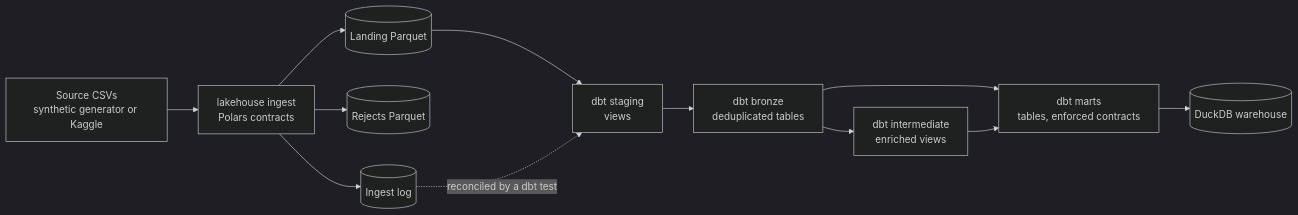
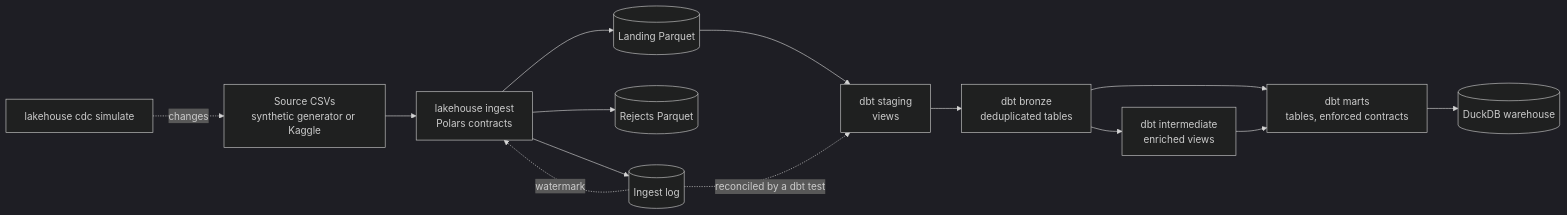
The diagram in README.md (emanuel-luis/de-lakehouse-pipeline), drawn with Mermaid (dark theme) before and after one commit. The commit also changed other lines of this file and 5 other files, not shown here.

````diff
--- a/README.md
+++ b/README.md
@@ -21,14 +22,16 @@
 ```mermaid
 flowchart LR
   A["Source CSVs<br/>synthetic generator or Kaggle"] --> B["lakehouse ingest<br/>Polars contracts"]
   B --> C[("Landing Parquet")]
   B --> D[("Rejects Parquet")]
   B --> E[("Ingest log")]
   C --> F["dbt staging<br/>views"]
   E -. reconciled by a dbt test .-> F
   F --> G["dbt bronze<br/>deduplicated tables"]
+  K["lakehouse cdc simulate"] -. changes .-> A
+  E -. watermark .-> B
   G --> I["dbt intermediate<br/>enriched views"]
   G --> J["dbt marts<br/>tables, enforced contracts"]
   I --> J
   J --> H[("DuckDB warehouse")]
 ```
````
